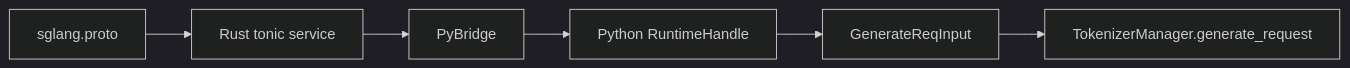
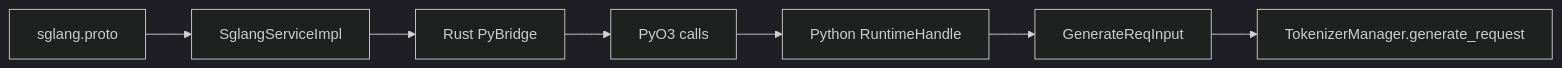
The sixth of 6 diagrams in sglang_reading/导读与总览/SGLang-模块依赖图.md (OnlyHero5/sglang-reading-vault), drawn with Mermaid (dark theme) before and after one commit. The commit also changed other lines of this file and 512 other files, not shown here.

````diff
--- a/sglang_reading/导读与总览/SGLang-模块依赖图.md
+++ b/sglang_reading/导读与总览/SGLang-模块依赖图.md
@@ -114,8 +150,9 @@
 ```mermaid
 flowchart LR
-    PROTO["sglang.proto"] --> RUST["Rust tonic service"]
-    RUST --> PYO3["PyBridge"]
+    PROTO["sglang.proto"] --> RUST["SglangServiceImpl"]
+    RUST --> BRIDGE["Rust PyBridge"]
+    BRIDGE --> PYO3["PyO3 calls"]
     PYO3 --> RH["Python RuntimeHandle"]
     RH --> IO["GenerateReqInput"]
     IO --> TM["TokenizerManager.generate_request"]
 ```
````
